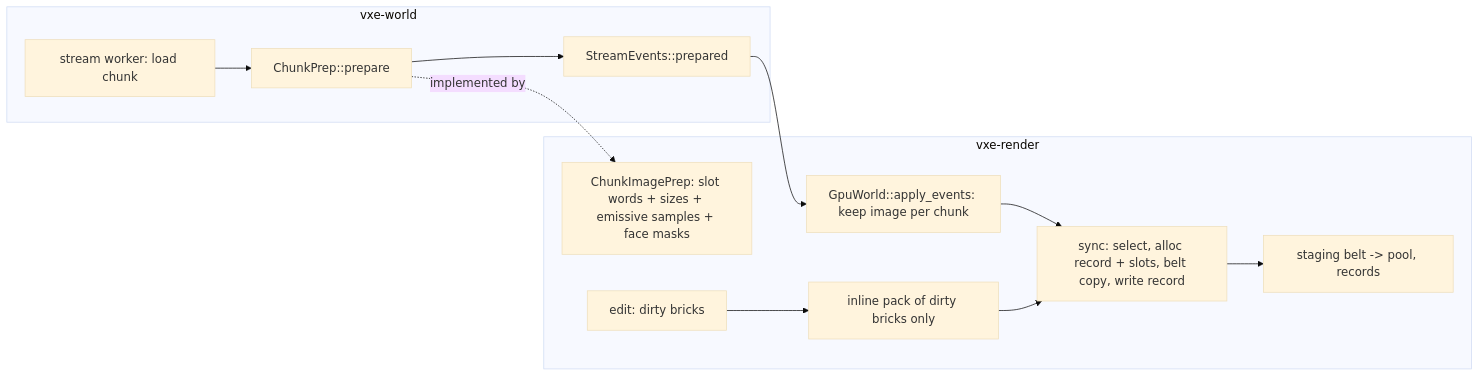
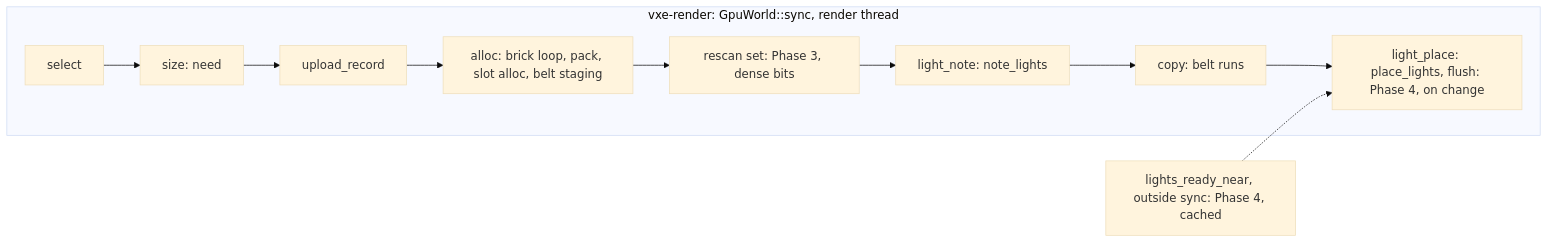
The diagram in docs/plans/0070-the-sync-off-the-frame-slot-words-packed-on-the-workers.md (IgorKonovalov/voxel-engine), drawn with Mermaid (base theme) before and after one commit. The commit also changed other lines of this file and 5 other files, not shown here.

````diff
--- a/docs/plans/0070-the-sync-off-the-frame-slot-words-packed-on-the-workers.md
+++ b/docs/plans/0070-the-sync-off-the-frame-slot-words-packed-on-the-workers.md
@@ -97,15 +201,13 @@
 ```mermaid
 flowchart LR
-    subgraph world[vxe-world]
-        W[stream worker: load chunk] --> P[ChunkPrep::prepare]
-        P --> E[StreamEvents::prepared]
+    subgraph render[vxe-render: GpuWorld::sync, render thread]
+        S[select] --> Z[size: need]
+        Z --> R[upload_record]
+        R --> L[alloc: brick loop, pack, slot alloc, belt staging]
+        L --> Q[rescan set: Phase 3, dense bits]
+        Q --> N[light_note: note_lights]
+        N --> C[copy: belt runs]
+        C --> P[light_place: place_lights, flush: Phase 4, on change]
     end
-    subgraph render[vxe-render]
-        P -. implemented by .-> I[ChunkImagePrep: slot words + sizes + emissive samples + face masks]
-        E --> A[GpuWorld::apply_events: keep image per chunk]
-        A --> S[sync: select, alloc record + slots, belt copy, write record]
-        D[edit: dirty bricks] --> X[inline pack of dirty bricks only]
-        X --> S
-        S --> B[staging belt -> pool, records]
-    end
+    H[lights_ready_near, outside sync: Phase 4, cached] -.-> P
 ```
````
